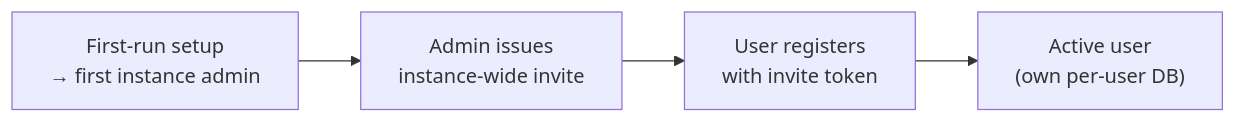
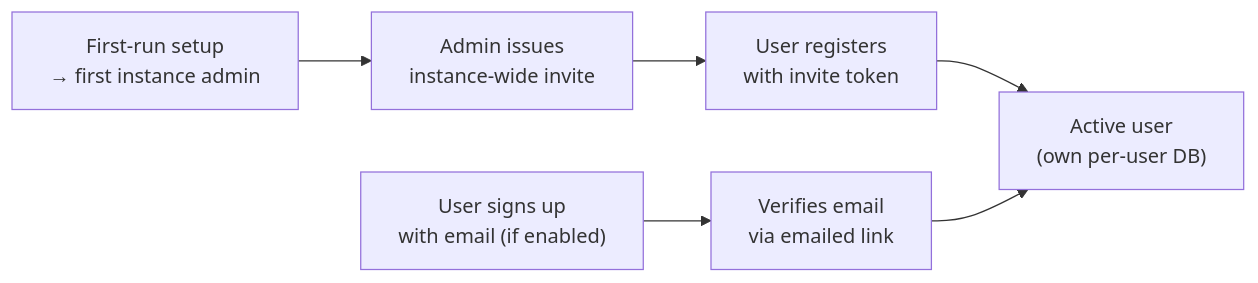
One commit to openkoutsi/openkoutsi-arch changed the first of 2 diagrams in docs/architecture/auth.md. Above: the diagram before and after it, drawn with Mermaid. The commit also changed other lines of this file and 3 other files, not shown here.

First line of the commit message:
Document email signup + self-serve password reset (openkoutsi#15)

````diff
--- a/docs/architecture/auth.md
+++ b/docs/architecture/auth.md
@@ -39,6 +74,8 @@
 ```mermaid
 flowchart LR
     Setup["First-run setup<br/>→ first instance admin"] --> Invite["Admin issues<br/>instance-wide invite"]
     Invite --> Register["User registers<br/>with invite token"]
     Register --> Active["Active user<br/>(own per-user DB)"]
+    Signup["User signs up<br/>with email (if enabled)"] --> Verify["Verifies email<br/>via emailed link"]
+    Verify --> Active
 ```
````
